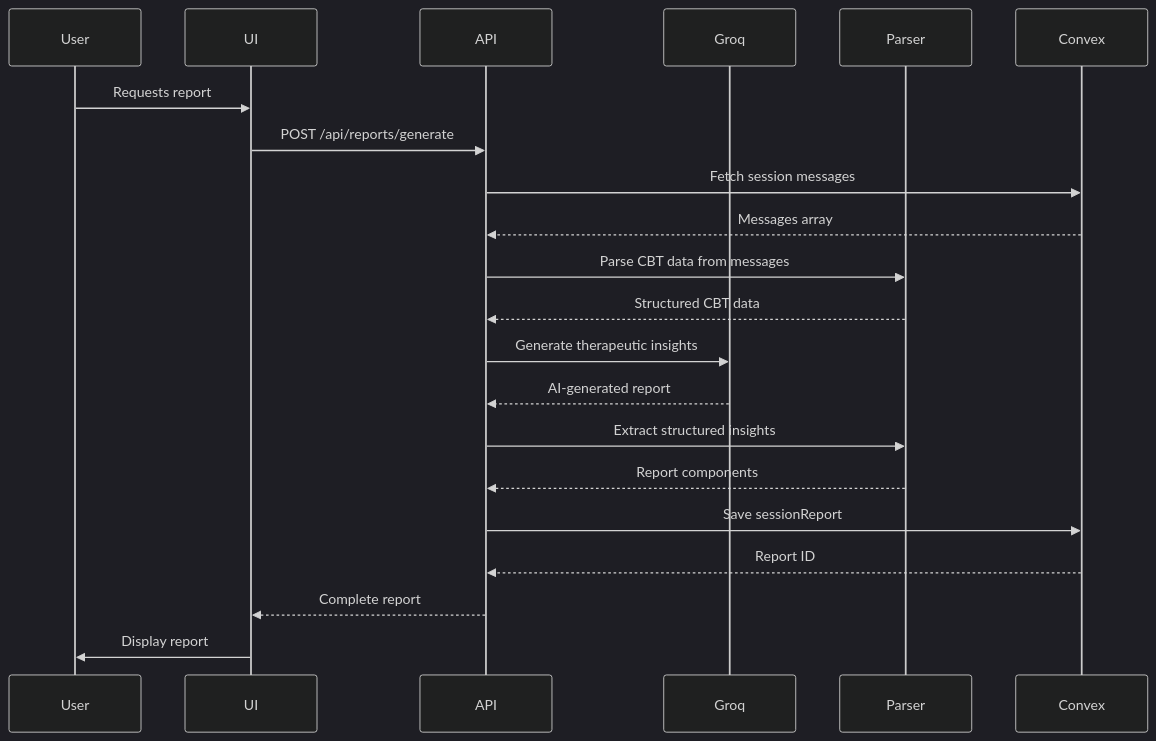
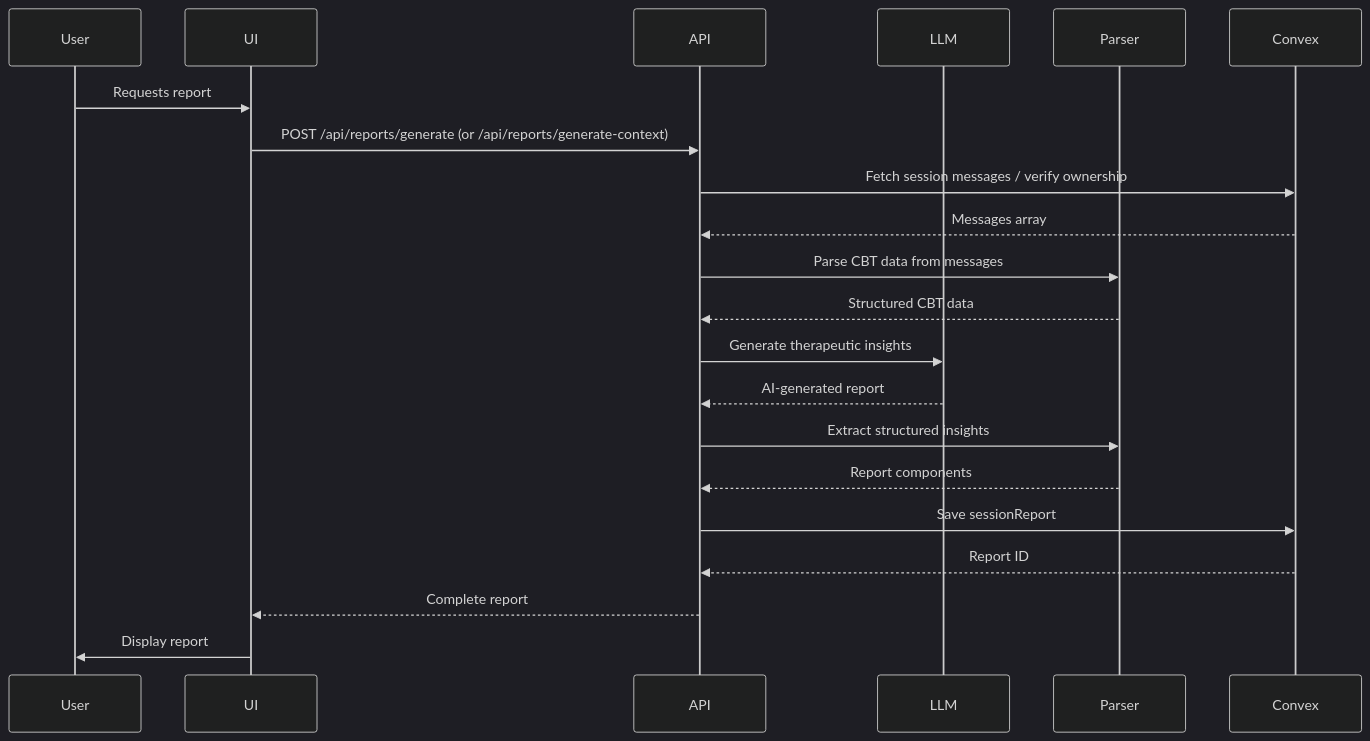
Before and after one commit to ddv1982/ai-therapist: diagram 11 of 13 in docs/DATA_MODEL.md, drawn with Mermaid (dark theme). The commit also changed other lines of this file and 9 other files, not shown here.

````diff
--- a/docs/DATA_MODEL.md
+++ b/docs/DATA_MODEL.md
@@ -1165,24 +1170,24 @@
 ```mermaid
 sequenceDiagram
     participant User
     participant UI
     participant API
-    participant Groq
+    participant LLM
     participant Parser
     participant Convex
 
     User->>UI: Requests report
-    UI->>API: POST /api/reports/generate
-    API->>Convex: Fetch session messages
+    UI->>API: POST /api/reports/generate (or /api/reports/generate-context)
+    API->>Convex: Fetch session messages / verify ownership
     Convex-->>API: Messages array
     API->>Parser: Parse CBT data from messages
     Parser-->>API: Structured CBT data
-    API->>Groq: Generate therapeutic insights
-    Groq-->>API: AI-generated report
+    API->>LLM: Generate therapeutic insights
+    LLM-->>API: AI-generated report
     API->>Parser: Extract structured insights
     Parser-->>API: Report components
     API->>Convex: Save sessionReport
     Convex-->>API: Report ID
     API-->>UI: Complete report
     UI->>User: Display report
 ```
````
